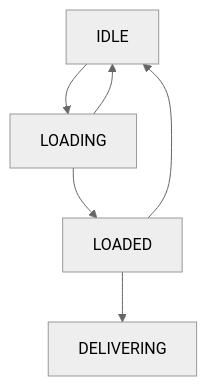
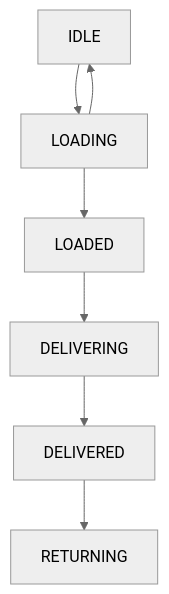
One commit to aorlov1234/test changed the diagram in README.md. Above: the diagram before and after it, drawn with Mermaid (neutral theme). The commit also changed other lines of this file, not shown here.

````diff
--- a/README.md
+++ b/README.md
@@ -11,8 +22,9 @@
 ```mermaid
 graph TD;
     IDLE-->LOADING;
     LOADING-->LOADED;
+    LOADING-->IDLE;
     LOADED-->DELIVERING;
-    LOADED-->IDLE;
-    LOADING-->IDLE;
+    DELIVERING-->DELIVERED;
+    DELIVERED-->RETURNING;
 ```
````
